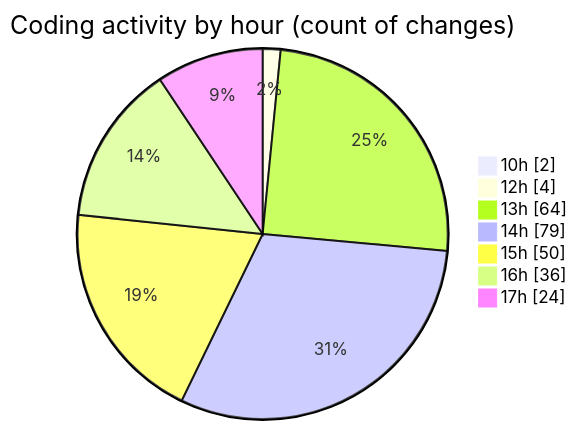
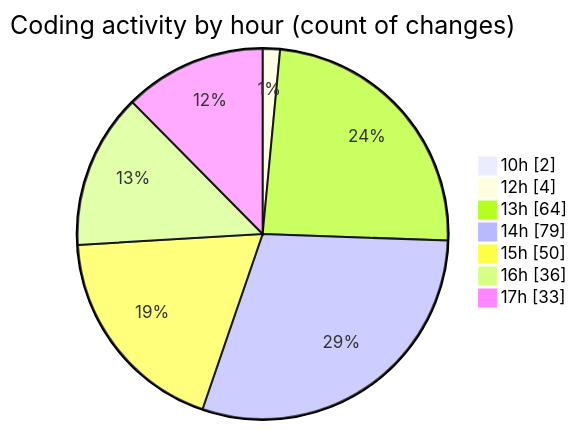
One commit to momahboobian/code-tracking changed the second of 2 diagrams in 2026-04-30/cda/README.md. Above: the diagram before and after it, drawn with Mermaid. The commit also changed other lines of this file and 1 other file, not shown here.

````diff
--- a/2026-04-30/cda/README.md
+++ b/2026-04-30/cda/README.md
@@ -81,11 +81,11 @@
 ```mermaid
 pie showData
 title Coding activity by hour (count of changes)
 "10h" : 2
 "12h" : 4
 "13h" : 64
 "14h" : 79
 "15h" : 50
 "16h" : 36
-"17h" : 24
+"17h" : 33
 ```
````
